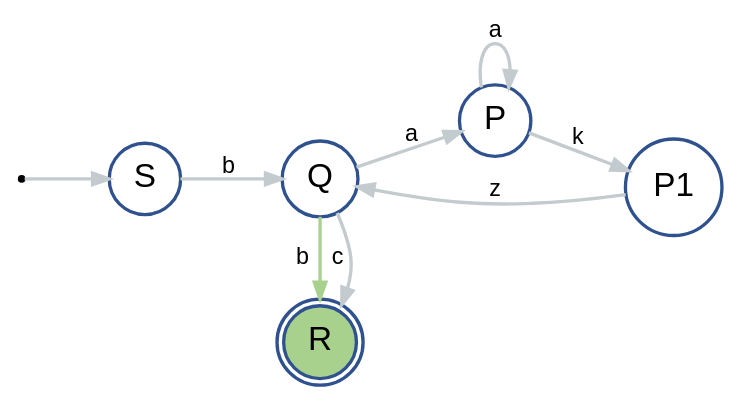
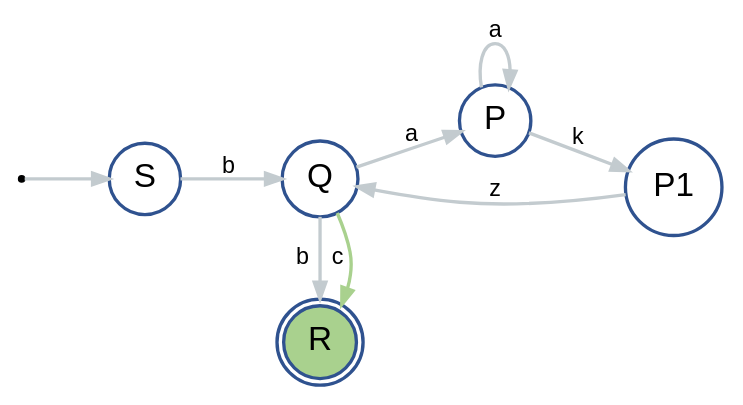
One commit to rosedth/FSM-Adaptive changed the diagram in adaptive_fsm/FSM.dot. Above: the diagram before and after it, drawn with Graphviz. The commit also changed 12 other files, not shown here.

```diff
--- a/adaptive_fsm/FSM.dot
+++ b/adaptive_fsm/FSM.dot
@@ -1,73 +1,73 @@
 digraph G {
 
   graph [
     forcelabels=true;
     bgcolor = white,
     fontsize = 20,
     style = "filled",
     rankdir = LR,
     overlap = false;
     splines = true,
     ranksep = 0.7,
     nodesep = 0.35,
   ];
   
   node [
     style = "solid,bold,filled",
     fontsize = 20,
     shape=circle,
     fontname = "Arial",
     color = "#2f528f",
     fillcolor=white,
   ];
   
   edge [
     style = "solid,bold",
     fontsize = 14,
     fontcolor = black,
     fontname = "Arial",
     color = "#c3cbcf",
     labelfloat = false,
     labeldistance = 0.5,
     labelangle = 90
     arrowhead = normal
   ];
   
 
   # NODES
 
   o [style=solid,color=black,fillcolor=black,shape=point];
 
   P;
 
   Q;
 
   P1;
 
   R[shape = doublecircle,fillcolor="#a9d18e"];
 
   S;
 
   # TRANSITIONS
 
   o -> S;
 
-  P -> P1 [label = k];
-
-  P1 -> Q [label = z];
+  S -> Q [label = b];
 
   P -> P [label = a];
 
   Q -> P [label = a];
 
-  S -> Q [label = b];
+  P1 -> Q [label = z];
+
+  P -> P1 [label = k];
 
   {rank=same
 
-  Q -> R [label = c];
+  Q -> R [color="#a9d18e",label = c];
 
-  Q -> R [color="#a9d18e",label = b];
+  Q -> R [label = b];
 
   }
 
 }
```
